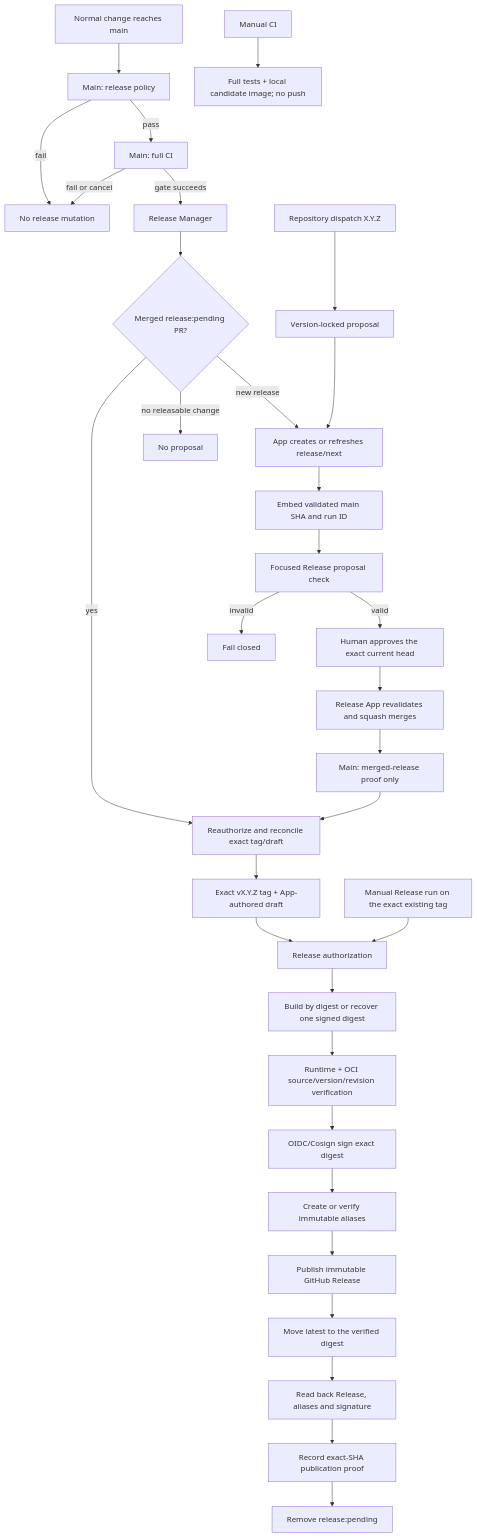
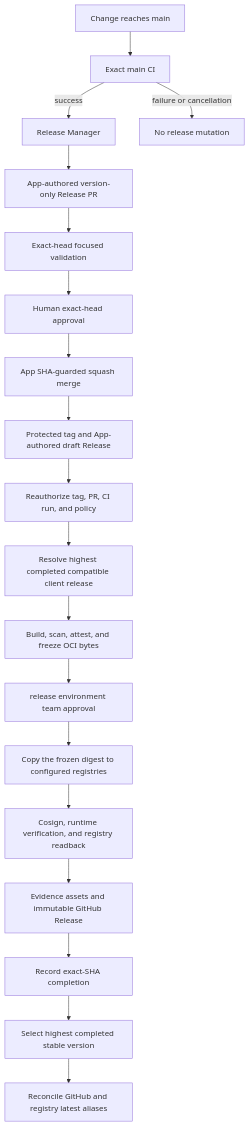
The diagram in docs/releasing.md (camellia-computing/nexus-management-server), drawn with Mermaid before and after one commit. The commit also changed other lines of this file and 14 other files, not shown here.

Commit message:
feat(release): freeze and verify service publication (#8)

````diff
--- a/docs/releasing.md
+++ b/docs/releasing.md
@@ -15,35 +14,21 @@
 ```mermaid
 flowchart TD
-    CHANGE[Normal change reaches main] --> POLICY[Main: release policy]
-    POLICY -->|fail| STOP[No release mutation]
-    POLICY -->|pass| FULL[Main: full CI]
-    FULL -->|fail or cancel| STOP[No release mutation]
-    FULL -->|gate succeeds| MANAGER[Release Manager]
-    MANAGER --> RECOVER{Merged release:pending PR?}
-    RECOVER -->|yes| RECONCILE[Reauthorize and reconcile exact tag/draft]
-    RECOVER -->|no releasable change| IDLE[No proposal]
-    RECOVER -->|new release| PROPOSAL[App creates or refreshes release/next]
-    PROPOSAL --> PROOF[Embed validated main SHA and run ID]
-    PROOF --> FOCUSED[Focused Release proposal check]
-    FOCUSED -->|invalid| BLOCK[Fail closed]
-    FOCUSED -->|valid| REVIEW[Human approves the exact current head]
-    REVIEW --> SQUASH[Release App revalidates and squash merges]
-    SQUASH --> MERGED[Main: merged-release proof only]
-    MERGED --> RECONCILE
-    RECONCILE --> TAG[Exact vX.Y.Z tag + App-authored draft]
-    TAG --> AUTHORIZE[Release authorization]
-    RETRY[Manual Release run on the exact existing tag] --> AUTHORIZE
-    AUTHORIZE --> IMAGE[Build by digest or recover one signed digest]
-    IMAGE --> VERIFY[Runtime + OCI source/version/revision verification]
-    VERIFY --> SIGN[OIDC/Cosign sign exact digest]
-    SIGN --> ALIASES[Create or verify immutable aliases]
-    ALIASES --> PUBLIC[Publish immutable GitHub Release]
-    PUBLIC --> LATEST[Move latest to the verified digest]
-    LATEST --> READBACK[Read back Release, aliases and signature]
-    READBACK --> DONE[Record exact-SHA publication proof]
-    DONE --> COMPLETE[Remove release:pending]
-
-    MANUAL[Manual CI] --> CANDIDATE[Full tests + local candidate image; no push]
-    EXACT[Repository dispatch X.Y.Z] --> LOCK[Version-locked proposal]
-    LOCK --> PROPOSAL
+  CHANGE[Change reaches main] --> CI[Exact main CI]
+  CI -->|success| MANAGER[Release Manager]
+  CI -->|failure or cancellation| STOP[No release mutation]
+  MANAGER --> PR[App-authored version-only Release PR]
+  PR --> CHECK[Exact-head focused validation]
+  CHECK --> REVIEW[Human exact-head approval]
+  REVIEW --> MERGE[App SHA-guarded squash merge]
+  MERGE --> DRAFT[Protected tag and App-authored draft Release]
+  DRAFT --> AUTH[Reauthorize tag, PR, CI run, and policy]
+  AUTH --> DEP[Resolve highest completed compatible client release]
+  DEP --> FREEZE[Build, scan, attest, and freeze OCI bytes]
+  FREEZE --> APPROVE[release environment team approval]
+  APPROVE --> COPY[Copy the frozen digest to configured registries]
+  COPY --> SIGN[Cosign, runtime verification, and registry readback]
+  SIGN --> RELEASE[Evidence assets and immutable GitHub Release]
+  RELEASE --> COMPLETE[Record exact-SHA completion]
+  COMPLETE --> LATEST[Select highest completed stable version]
+  LATEST --> DONE[Reconcile GitHub and registry latest aliases]
 ```
````
